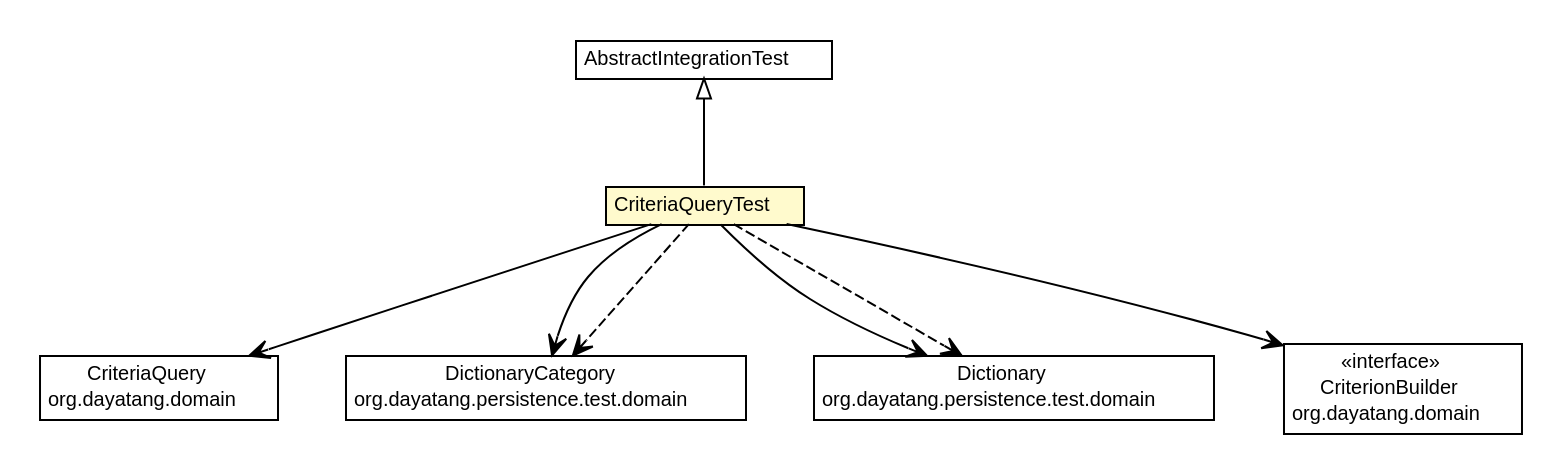
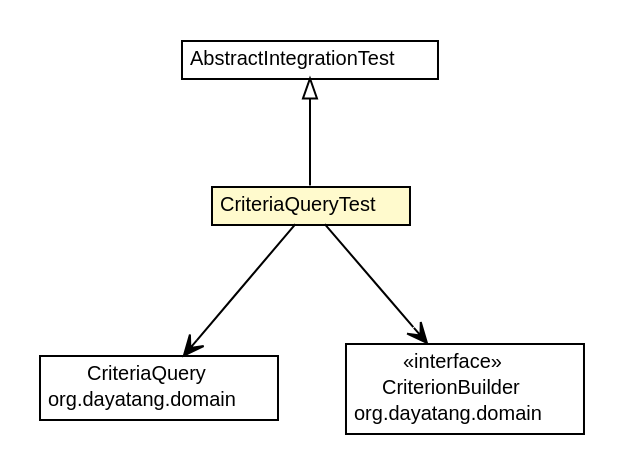
Before and after one commit to dayatang/dddlib: the diagram in dddlib-persistence/dddlib-persistence-hibernate/testapidocs/org/dayatang/persistence/hibernate/CriteriaQueryTest.dot, drawn with Graphviz. The commit also changed 61 other files, not shown here.

```diff
--- a/dddlib-persistence/dddlib-persistence-hibernate/testapidocs/org/dayatang/persistence/hibernate/CriteriaQueryTest.dot
+++ b/dddlib-persistence/dddlib-persistence-hibernate/testapidocs/org/dayatang/persistence/hibernate/CriteriaQueryTest.dot
@@ -1,67 +1,45 @@
 #!/usr/local/bin/dot
 #
 # Class diagram 
 # Generated by UMLGraph version R5_6_6-8-g8d7759 (http://www.umlgraph.org/)
 #
 
 digraph G {
 	edge [fontname="Helvetica",fontsize=10,labelfontname="Helvetica",labelfontsize=10];
 	node [fontname="Helvetica",fontsize=10,shape=plaintext];
 	nodesep=0.25;
 	ranksep=0.5;
 	// org.dayatang.persistence.hibernate.CriteriaQueryTest
-	c47 [label=<<table title="org.dayatang.persistence.hibernate.CriteriaQueryTest" border="0" cellborder="1" cellspacing="0" cellpadding="2" port="p" bgcolor="lemonChiffon" href="./CriteriaQueryTest.html">
+	c43 [label=<<table title="org.dayatang.persistence.hibernate.CriteriaQueryTest" border="0" cellborder="1" cellspacing="0" cellpadding="2" port="p" bgcolor="lemonChiffon" href="./CriteriaQueryTest.html">
 		<tr><td><table border="0" cellspacing="0" cellpadding="1">
 <tr><td align="center" balign="center"> CriteriaQueryTest </td></tr>
 		</table></td></tr>
 		</table>>, URL="./CriteriaQueryTest.html", fontname="Helvetica", fontcolor="black", fontsize=10.0];
 	// org.dayatang.persistence.hibernate.AbstractIntegrationTest
-	c49 [label=<<table title="org.dayatang.persistence.hibernate.AbstractIntegrationTest" border="0" cellborder="1" cellspacing="0" cellpadding="2" port="p" href="./AbstractIntegrationTest.html">
+	c45 [label=<<table title="org.dayatang.persistence.hibernate.AbstractIntegrationTest" border="0" cellborder="1" cellspacing="0" cellpadding="2" port="p" href="./AbstractIntegrationTest.html">
 		<tr><td><table border="0" cellspacing="0" cellpadding="1">
 <tr><td align="center" balign="center"> AbstractIntegrationTest </td></tr>
 		</table></td></tr>
 		</table>>, URL="./AbstractIntegrationTest.html", fontname="Helvetica", fontcolor="black", fontsize=10.0];
 	//org.dayatang.persistence.hibernate.CriteriaQueryTest extends org.dayatang.persistence.hibernate.AbstractIntegrationTest
-	c49:p -> c47:p [dir=back,arrowtail=empty];
+	c45:p -> c43:p [dir=back,arrowtail=empty];
 	// org.dayatang.persistence.hibernate.CriteriaQueryTest NAVASSOC org.dayatang.domain.CriteriaQuery
-	c47:p -> c50:p [taillabel="", label=" "headlabel="", fontname="Helvetica", fontcolor="black", fontsize=10.0, color="black", arrowhead=open];
-	// org.dayatang.persistence.hibernate.CriteriaQueryTest NAVASSOC org.dayatang.persistence.test.domain.DictionaryCategory
-	c47:p -> c51:p [taillabel="", label=" "headlabel="", fontname="Helvetica", fontcolor="black", fontsize=10.0, color="black", arrowhead=open];
-	// org.dayatang.persistence.hibernate.CriteriaQueryTest NAVASSOC org.dayatang.persistence.test.domain.Dictionary
-	c47:p -> c52:p [taillabel="", label=" "headlabel="", fontname="Helvetica", fontcolor="black", fontsize=10.0, color="black", arrowhead=open];
+	c43:p -> c46:p [taillabel="", label=" "headlabel="", fontname="Helvetica", fontcolor="black", fontsize=10.0, color="black", arrowhead=open];
 	// org.dayatang.persistence.hibernate.CriteriaQueryTest NAVASSOC org.dayatang.domain.CriterionBuilder
-	c47:p -> c53:p [taillabel="", label=" "headlabel="", fontname="Helvetica", fontcolor="black", fontsize=10.0, color="black", arrowhead=open];
-	// org.dayatang.persistence.hibernate.CriteriaQueryTest DEPEND org.dayatang.persistence.test.domain.Dictionary
-	c47:p -> c52:p [taillabel="", label=" "headlabel="", fontname="Helvetica", fontcolor="black", fontsize=10.0, color="black", arrowhead=open, style=dashed];
-	// org.dayatang.persistence.hibernate.CriteriaQueryTest DEPEND org.dayatang.persistence.test.domain.DictionaryCategory
-	c47:p -> c51:p [taillabel="", label=" "headlabel="", fontname="Helvetica", fontcolor="black", fontsize=10.0, color="black", arrowhead=open, style=dashed];
-	// org.dayatang.persistence.test.domain.Dictionary
-	c52 [label=<<table title="org.dayatang.persistence.test.domain.Dictionary" border="0" cellborder="1" cellspacing="0" cellpadding="2" port="p" href="http://java.sun.com/j2se/1.4.2/docs/api/org/dayatang/persistence/test/domain/Dictionary.html">
-		<tr><td><table border="0" cellspacing="0" cellpadding="1">
-<tr><td align="center" balign="center"> Dictionary </td></tr>
-<tr><td align="center" balign="center"> org.dayatang.persistence.test.domain </td></tr>
-		</table></td></tr>
-		</table>>, URL="http://java.sun.com/j2se/1.4.2/docs/api/org/dayatang/persistence/test/domain/Dictionary.html", fontname="Helvetica", fontcolor="black", fontsize=10.0];
+	c43:p -> c47:p [taillabel="", label=" "headlabel="", fontname="Helvetica", fontcolor="black", fontsize=10.0, color="black", arrowhead=open];
 	// org.dayatang.domain.CriteriaQuery
-	c50 [label=<<table title="org.dayatang.domain.CriteriaQuery" border="0" cellborder="1" cellspacing="0" cellpadding="2" port="p" href="http://java.sun.com/j2se/1.4.2/docs/api/org/dayatang/domain/CriteriaQuery.html">
+	c46 [label=<<table title="org.dayatang.domain.CriteriaQuery" border="0" cellborder="1" cellspacing="0" cellpadding="2" port="p" href="http://java.sun.com/j2se/1.4.2/docs/api/org/dayatang/domain/CriteriaQuery.html">
 		<tr><td><table border="0" cellspacing="0" cellpadding="1">
 <tr><td align="center" balign="center"> CriteriaQuery </td></tr>
 <tr><td align="center" balign="center"> org.dayatang.domain </td></tr>
 		</table></td></tr>
 		</table>>, URL="http://java.sun.com/j2se/1.4.2/docs/api/org/dayatang/domain/CriteriaQuery.html", fontname="Helvetica", fontcolor="black", fontsize=10.0];
 	// org.dayatang.domain.CriterionBuilder
-	c53 [label=<<table title="org.dayatang.domain.CriterionBuilder" border="0" cellborder="1" cellspacing="0" cellpadding="2" port="p" href="http://java.sun.com/j2se/1.4.2/docs/api/org/dayatang/domain/CriterionBuilder.html">
+	c47 [label=<<table title="org.dayatang.domain.CriterionBuilder" border="0" cellborder="1" cellspacing="0" cellpadding="2" port="p" href="http://java.sun.com/j2se/1.4.2/docs/api/org/dayatang/domain/CriterionBuilder.html">
 		<tr><td><table border="0" cellspacing="0" cellpadding="1">
 <tr><td align="center" balign="center"> &#171;interface&#187; </td></tr>
 <tr><td align="center" balign="center"> CriterionBuilder </td></tr>
 <tr><td align="center" balign="center"> org.dayatang.domain </td></tr>
 		</table></td></tr>
 		</table>>, URL="http://java.sun.com/j2se/1.4.2/docs/api/org/dayatang/domain/CriterionBuilder.html", fontname="Helvetica", fontcolor="black", fontsize=10.0];
-	// org.dayatang.persistence.test.domain.DictionaryCategory
-	c51 [label=<<table title="org.dayatang.persistence.test.domain.DictionaryCategory" border="0" cellborder="1" cellspacing="0" cellpadding="2" port="p" href="http://java.sun.com/j2se/1.4.2/docs/api/org/dayatang/persistence/test/domain/DictionaryCategory.html">
-		<tr><td><table border="0" cellspacing="0" cellpadding="1">
-<tr><td align="center" balign="center"> DictionaryCategory </td></tr>
-<tr><td align="center" balign="center"> org.dayatang.persistence.test.domain </td></tr>
-		</table></td></tr>
-		</table>>, URL="http://java.sun.com/j2se/1.4.2/docs/api/org/dayatang/persistence/test/domain/DictionaryCategory.html", fontname="Helvetica", fontcolor="black", fontsize=10.0];
 }
```
